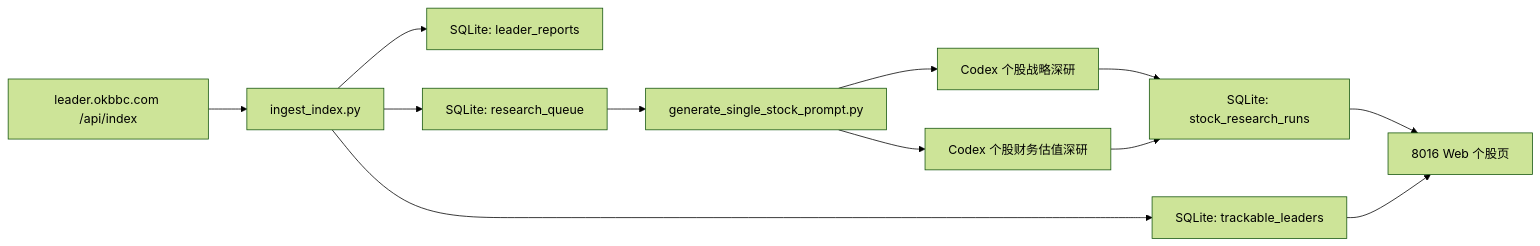
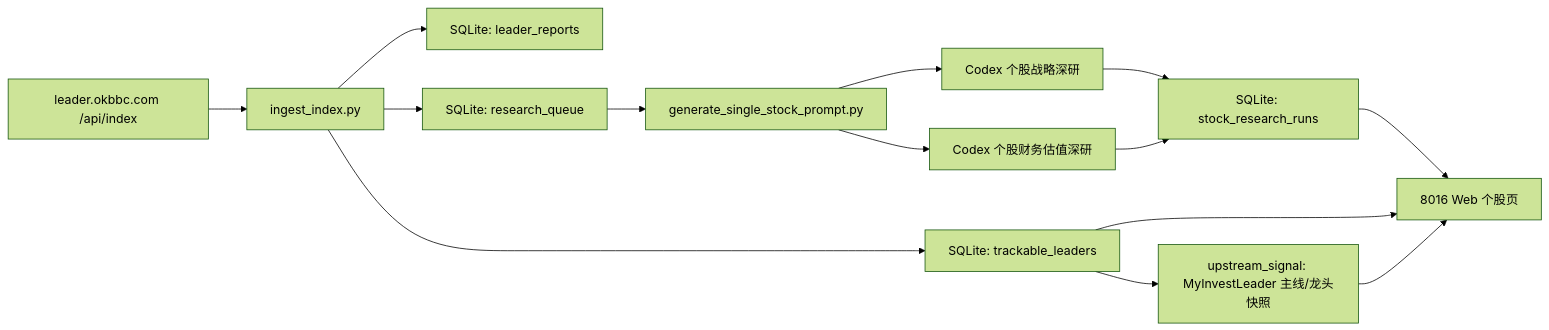
Before and after one commit to imherro/MyInvestStock: the diagram in docs/ARCHITECTURE.md, drawn with Mermaid (forest theme). The commit also changed other lines of this file and 8 other files, not shown here.

````diff
--- a/docs/ARCHITECTURE.md
+++ b/docs/ARCHITECTURE.md
@@ -18,14 +18,16 @@
 ```mermaid
 flowchart LR
   A["leader.okbbc.com /api/index"] --> B["ingest_index.py"]
   B --> C["SQLite: leader_reports"]
   B --> D["SQLite: trackable_leaders"]
   B --> E["SQLite: research_queue"]
+  D --> U["upstream_signal: MyInvestLeader 主线/龙头快照"]
   E --> F["generate_single_stock_prompt.py"]
   F --> G1["Codex 个股战略深研"]
   F --> G2["Codex 个股财务估值深研"]
   G1 --> H["SQLite: stock_research_runs"]
   G2 --> H
   H --> I["8016 Web 个股页"]
   D --> I
+  U --> I
 ```
````
